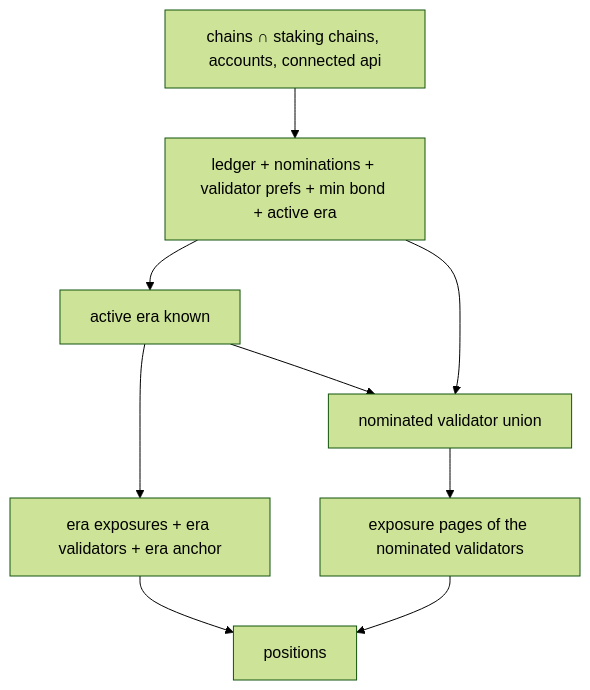
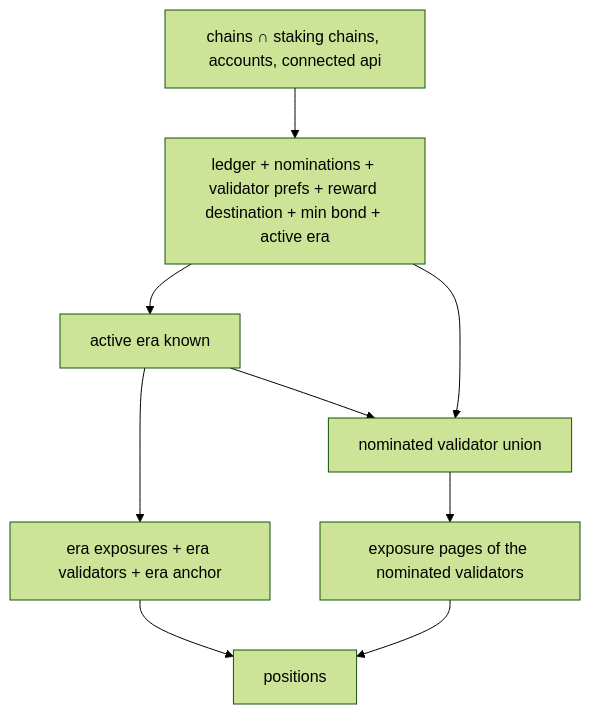
The diagram in src/renderer/aggregates/staking-positions/README.md (novasamatech/nova-spektr), drawn with Mermaid (forest theme) before and after one commit. The commit also changed other lines of this file and 91 other files, not shown here.

First line of the commit message:
feat(staking): change reward destination from the dashboard (#5997)

````diff
--- a/src/renderer/aggregates/staking-positions/README.md
+++ b/src/renderer/aggregates/staking-positions/README.md
@@ -164,11 +171,11 @@
 ```mermaid
 flowchart TD
-    A["chains ∩ staking chains, accounts, connected api"] --> B["ledger + nominations + validator prefs + min bond + active era"]
+    A["chains ∩ staking chains, accounts, connected api"] --> B["ledger + nominations + validator prefs + reward destination + min bond + active era"]
     B --> C["active era known"]
     C --> D["era exposures + era validators + era anchor"]
     B --> E["nominated validator union"]
     C --> E
     E --> F["exposure pages of the nominated validators"]
     D --> G["positions"]
     F --> G
 ```
````
